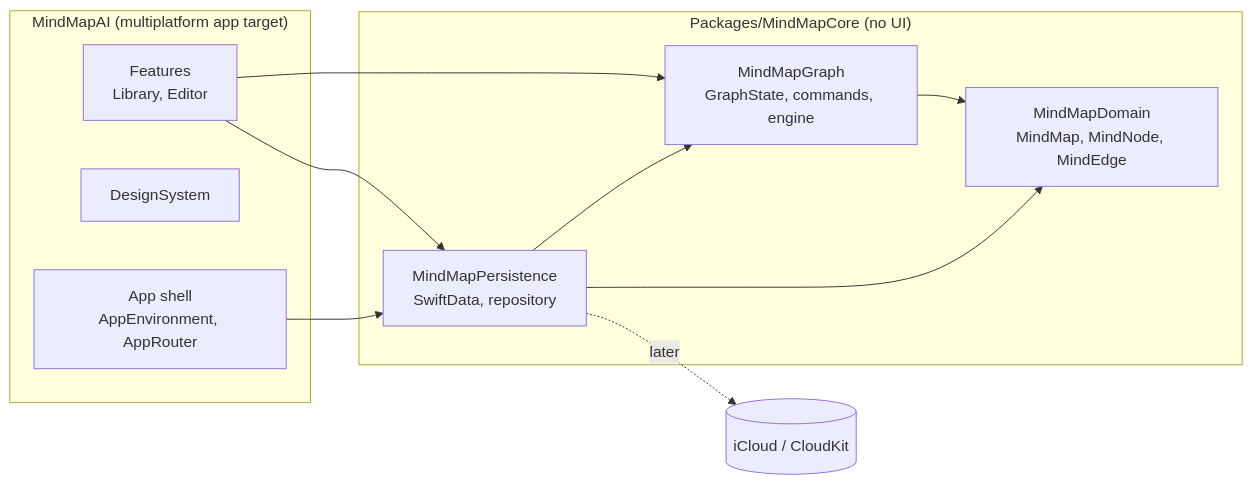
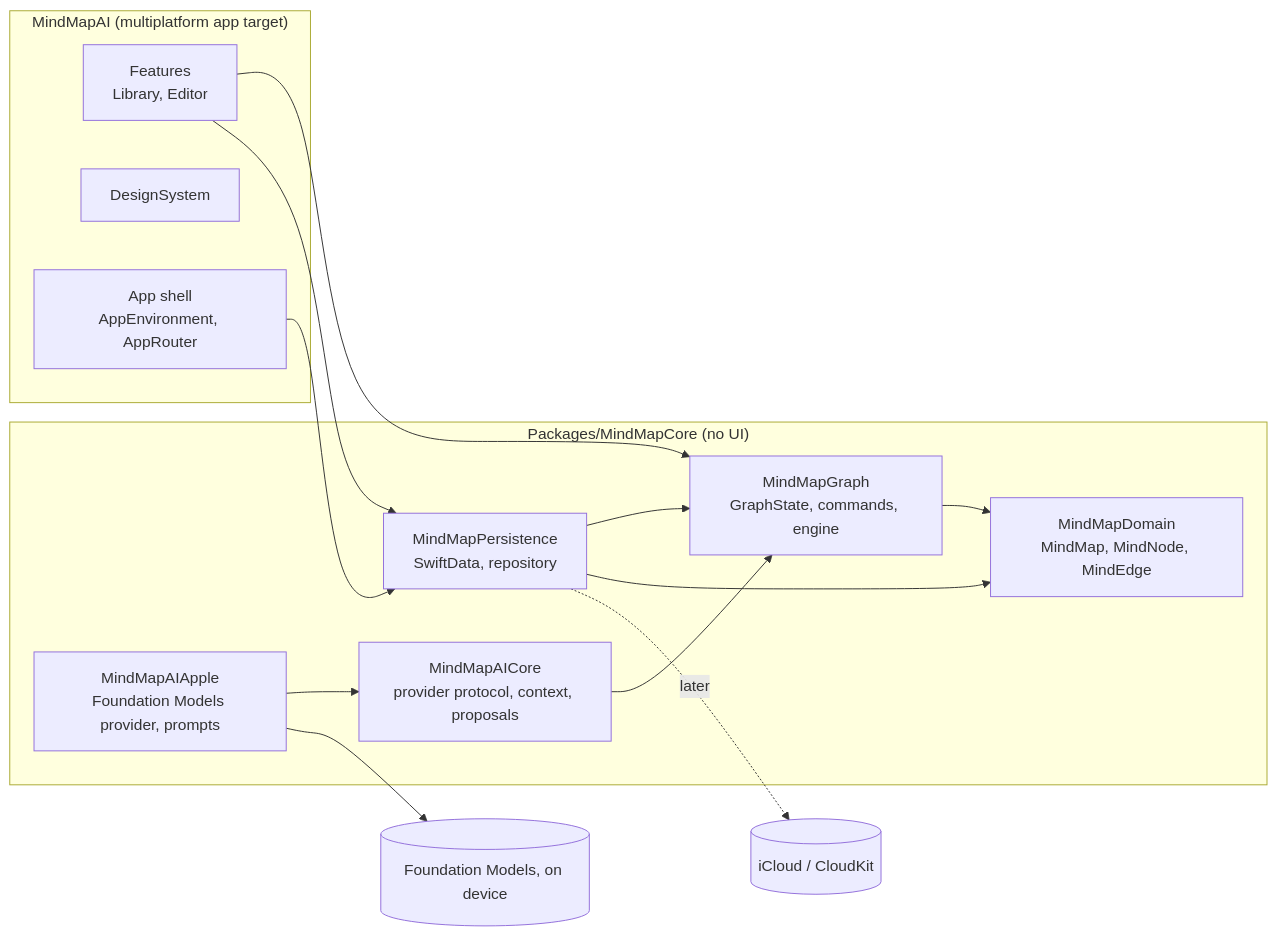
Before and after one commit to tdduydev/xdev-mindmap-ai: the diagram in docs/architecture.md, drawn with Mermaid. The commit also changed other lines of this file and 23 other files, not shown here.

````diff
--- a/docs/architecture.md
+++ b/docs/architecture.md
@@ -5,20 +5,25 @@
 ```mermaid
 flowchart LR
   subgraph App["MindMapAI (multiplatform app target)"]
     Features["Features<br/>Library, Editor"]
     DS["DesignSystem"]
     Shell["App shell<br/>AppEnvironment, AppRouter"]
   end
   subgraph Core["Packages/MindMapCore (no UI)"]
     Domain["MindMapDomain<br/>MindMap, MindNode, MindEdge"]
     Graph["MindMapGraph<br/>GraphState, commands, engine"]
     Persistence["MindMapPersistence<br/>SwiftData, repository"]
+    AICore["MindMapAICore<br/>provider protocol, context, proposals"]
+    AIApple["MindMapAIApple<br/>Foundation Models provider, prompts"]
   end
   Features --> Graph
   Features --> Persistence
   Shell --> Persistence
   Graph --> Domain
   Persistence --> Graph
   Persistence --> Domain
   Persistence -.later.-> CloudKit[(iCloud / CloudKit)]
+  AICore --> Graph
+  AIApple --> AICore
+  AIApple --> FM[(Foundation Models, on device)]
 ```
````
